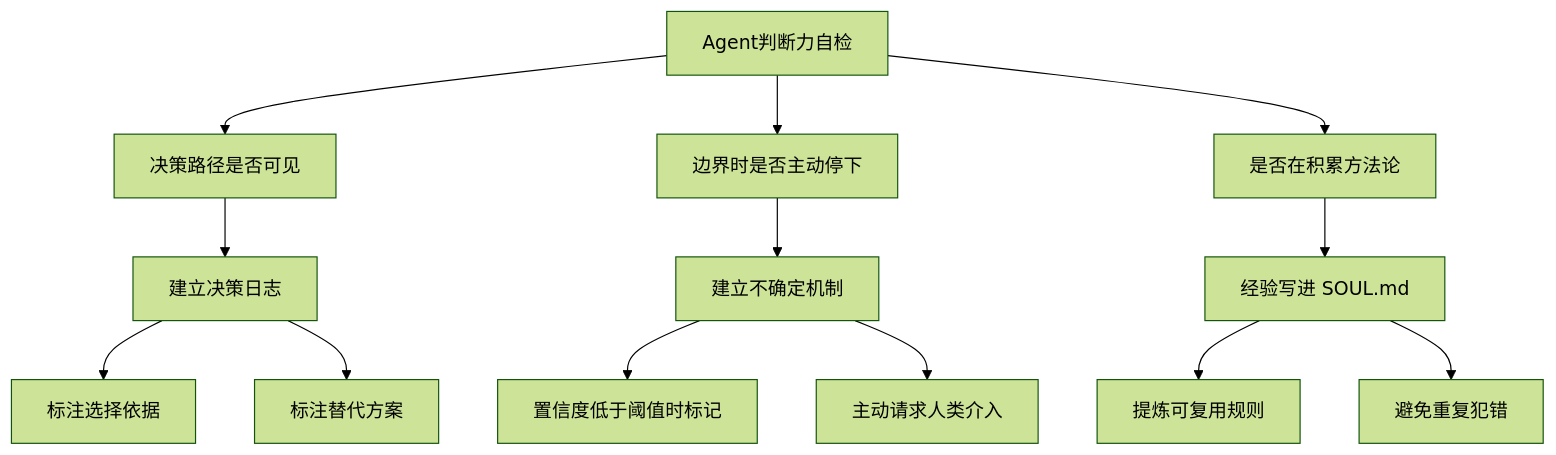
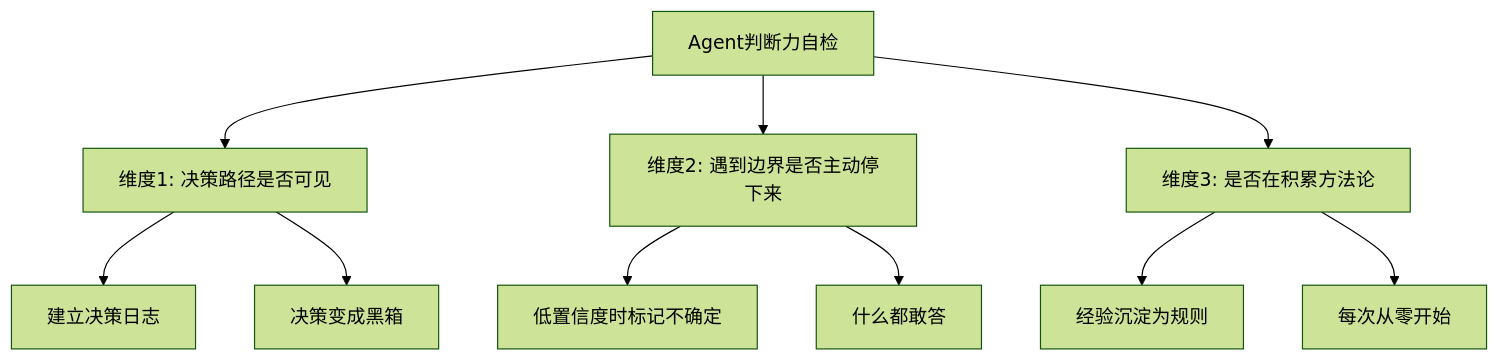
One commit to Succh/MiClaw-AI-Blog changed the second of 5 diagrams in docs/专题-Agent判断力退化与自检机制.md. Above: the diagram before and after it, drawn with Mermaid (forest theme). The commit also changed other lines of this file, not shown here.

Commit message:
feat: 判断力退化专题增加Mermaid可视化图表

````diff
--- a/docs/专题-Agent判断力退化与自检机制.md
+++ b/docs/专题-Agent判断力退化与自检机制.md
@@ -31,18 +27,12 @@
 ```mermaid
 graph TD
-    A[Agent判断力自检] --> B[决策路径是否可见]
-    A --> C[边界时是否主动停下]
-    A --> D[是否在积累方法论]
-    
+    A[Agent判断力自检] --> B[维度1: 决策路径是否可见]
+    A --> C[维度2: 遇到边界是否主动停下来]
+    A --> D[维度3: 是否在积累方法论]
     B --> B1[建立决策日志]
-    B1 --> B2[标注选择依据]
-    B1 --> B3[标注替代方案]
-    
-    C --> C1[建立不确定机制]
-    C1 --> C2[置信度低于阈值时标记]
-    C1 --> C3[主动请求人类介入]
-    
-    D --> D1[经验写进 SOUL.md]
-    D1 --> D2[提炼可复用规则]
-    D1 --> D3[避免重复犯错]
+    B --> B2[决策变成黑箱]
+    C --> C1[低置信度时标记不确定]
+    C --> C2[什么都敢答]
+    D --> D1[经验沉淀为规则]
+    D --> D2[每次从零开始]
 ```
````
